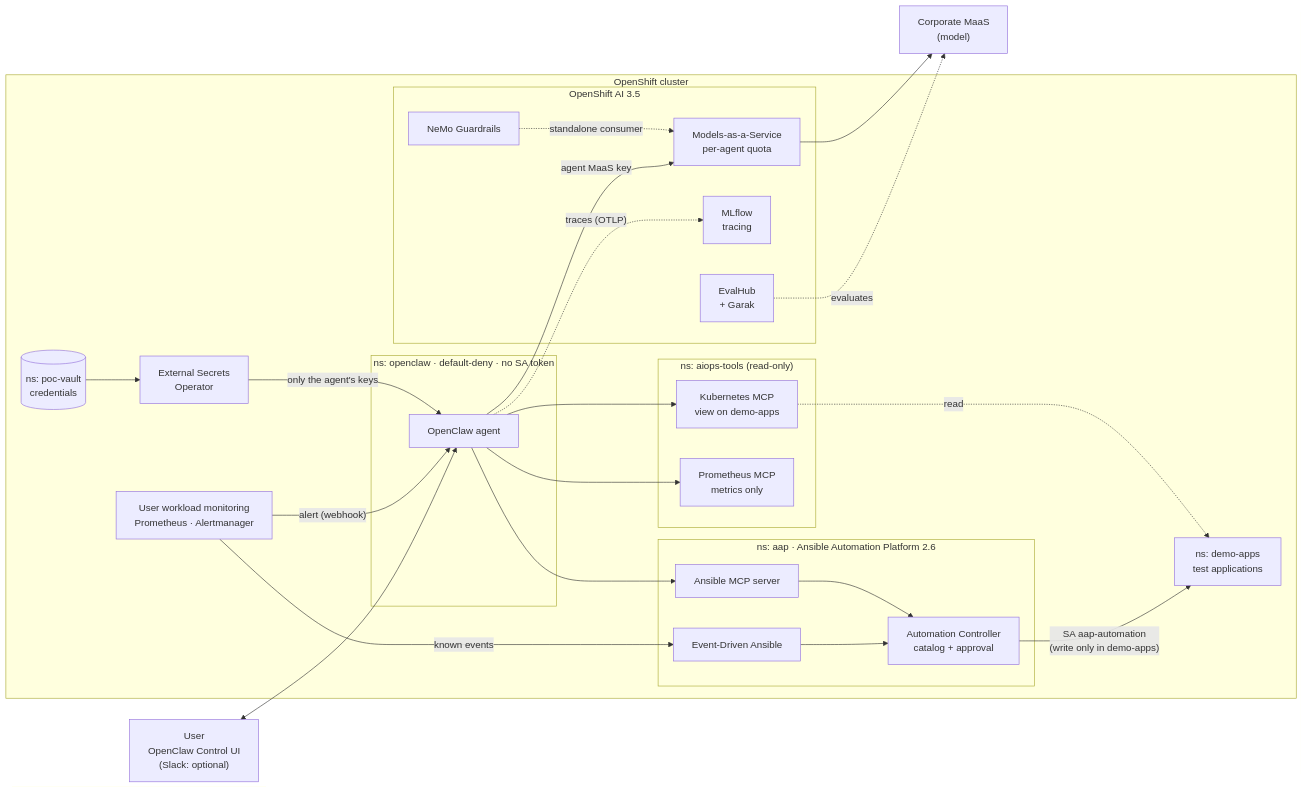
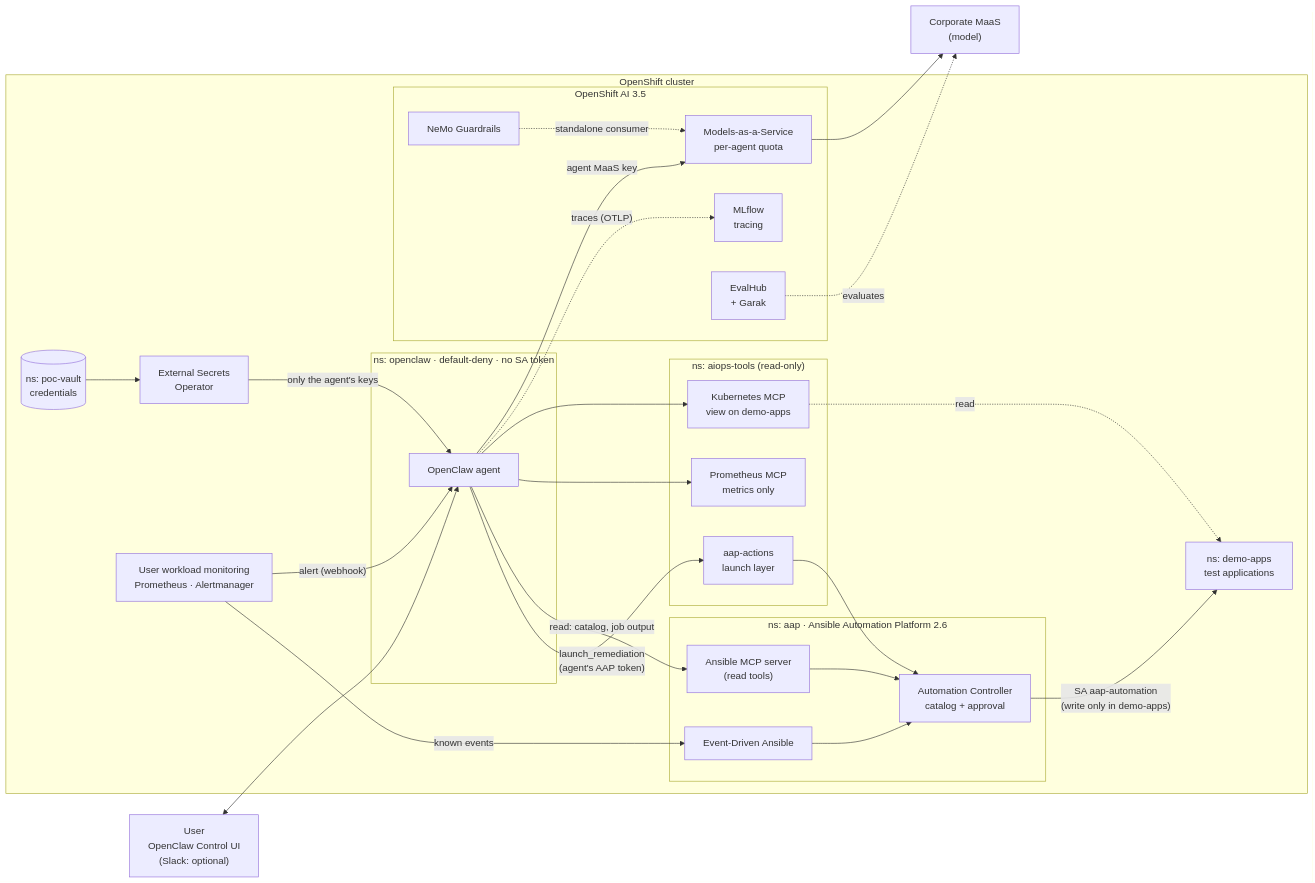
Before and after one commit to lccherri/openclaw-aiops-poc: the first of 2 diagrams in README.md, drawn with Mermaid. The commit also changed other lines of this file and 13 other files, not shown here.

````diff
--- a/README.md
+++ b/README.md
@@ -54,50 +55,53 @@
 ```mermaid
 flowchart LR
     U["User<br/>OpenClaw Control UI<br/>(Slack: optional)"]
 
     subgraph OCP["OpenShift cluster"]
         subgraph AG["ns: openclaw · default-deny · no SA token"]
             OC["OpenClaw agent"]
         end
 
         VAULT[("ns: poc-vault<br/>credentials")]
         ESO["External Secrets<br/>Operator"]
 
         subgraph RHOAI["OpenShift AI 3.5"]
             MAAS["Models-as-a-Service<br/>per-agent quota"]
             GR["NeMo Guardrails"]
             MLF["MLflow<br/>tracing"]
             EVH["EvalHub<br/>+ Garak"]
         end
 
         subgraph TOOLS["ns: aiops-tools (read-only)"]
             MK["Kubernetes MCP<br/>view on demo-apps"]
             MP["Prometheus MCP<br/>metrics only"]
+            FAC["aap-actions<br/>launch layer"]
         end
 
         subgraph AAPNS["ns: aap · Ansible Automation Platform 2.6"]
-            AMCP["Ansible MCP server"]
+            AMCP["Ansible MCP server<br/>(read tools)"]
             CTRL["Automation Controller<br/>catalog + approval"]
             EDA["Event-Driven Ansible"]
         end
 
         MON["User workload monitoring<br/>Prometheus · Alertmanager"]
         APP["ns: demo-apps<br/>test applications"]
     end
 
     EXT["Corporate MaaS<br/>(model)"]
 
     U <--> OC
     VAULT --> ESO -- "only the agent's keys" --> OC
     MON -- "alert (webhook)" --> OC
     MON -- "known events" --> EDA
     OC -- "agent MaaS key" --> MAAS --> EXT
     GR -. "standalone consumer" .-> MAAS
     OC -. "traces (OTLP)" .-> MLF
     OC --> MK
     OC --> MP
-    OC --> AMCP --> CTRL -- "SA aap-automation<br/>(write only in demo-apps)" --> APP
+    OC -- "read: catalog, job output" --> AMCP --> CTRL
+    OC -- "launch_remediation<br/>(agent's AAP token)" --> FAC --> CTRL
+    CTRL -- "SA aap-automation<br/>(write only in demo-apps)" --> APP
     EDA --> CTRL
     EVH -. "evaluates" .-> EXT
     MK -. read .-> APP
 ```
````
